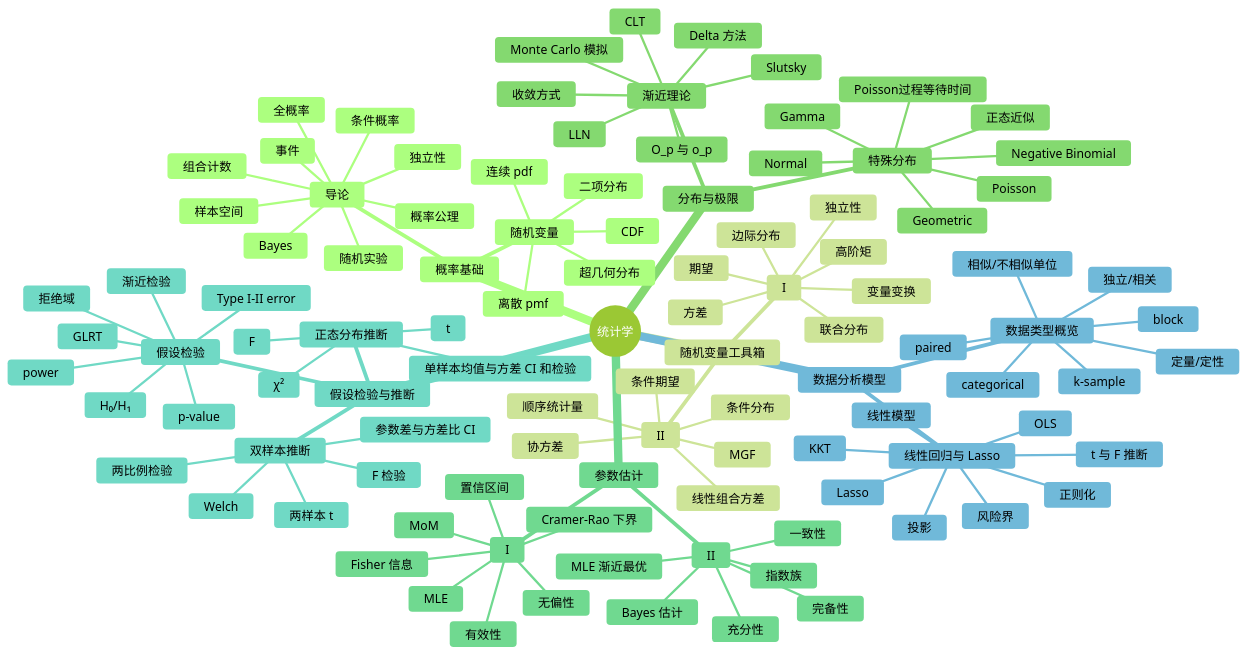
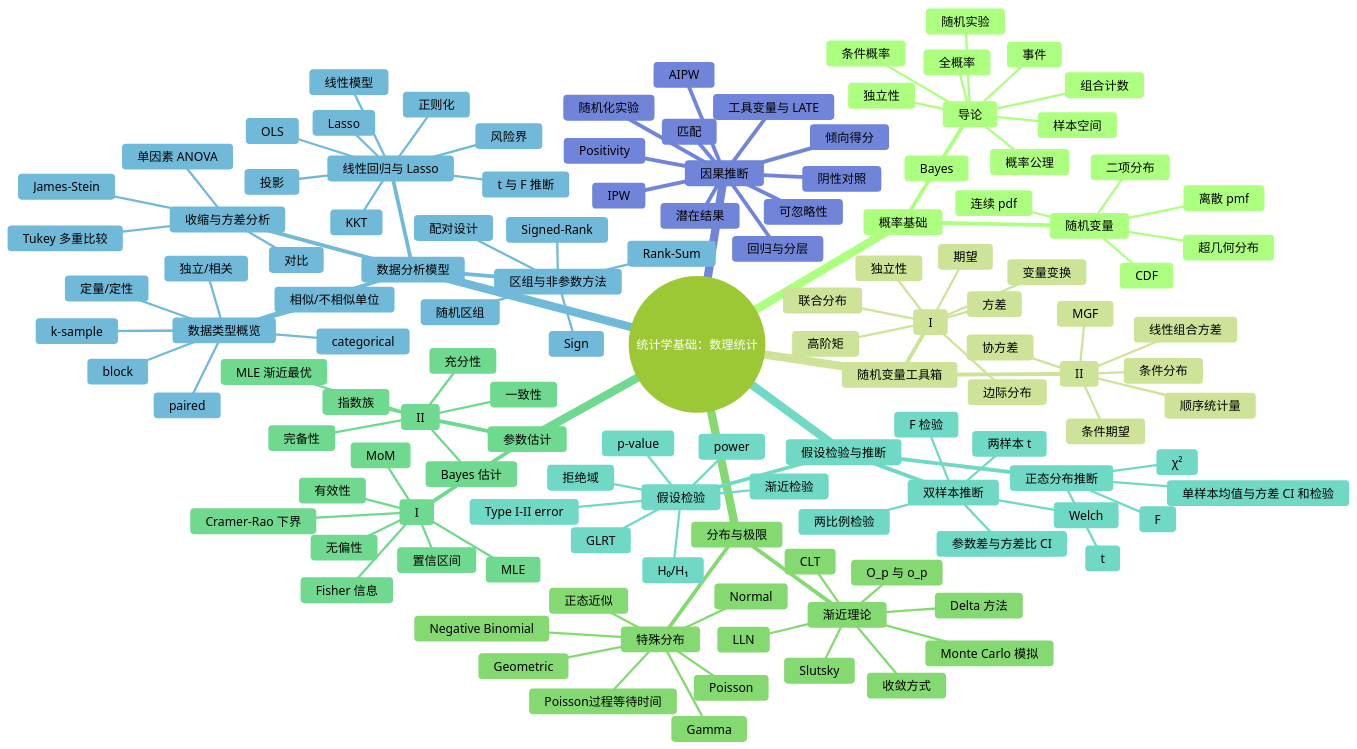
The first of 2 diagrams in docs/notes/mathematical-statistics/index.md (hadanice/OpenDS), drawn with Mermaid (forest theme) before and after one commit. The commit also changed other lines of this file and 16 other files, not shown here.

````diff
--- a/docs/notes/mathematical-statistics/index.md
+++ b/docs/notes/mathematical-statistics/index.md
@@ -15,6 +13,6 @@
 ```mermaid
 mindmap
-  root((统计学))
+  root((统计学基础：数理统计))
 
     概率基础
       导论
@@ -125,4 +123,28 @@
         Lasso
         KKT
         风险界
+      收缩与方差分析
+        James-Stein
+        单因素 ANOVA
+        对比
+        Tukey 多重比较
+      区组与非参数方法
+        随机区组
+        配对设计
+        Sign
+        Signed-Rank
+        Rank-Sum
+
+    因果推断
+      潜在结果
+      随机化实验
+      可忽略性
+      Positivity
+      回归与分层
+      倾向得分
+      IPW
+      AIPW
+      匹配
+      工具变量与 LATE
+      阴性对照
 ```
````
